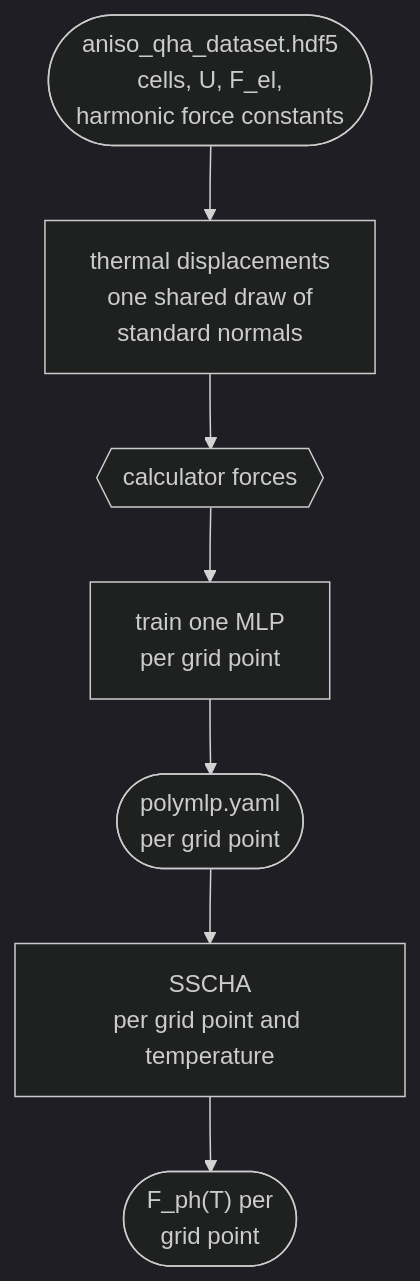
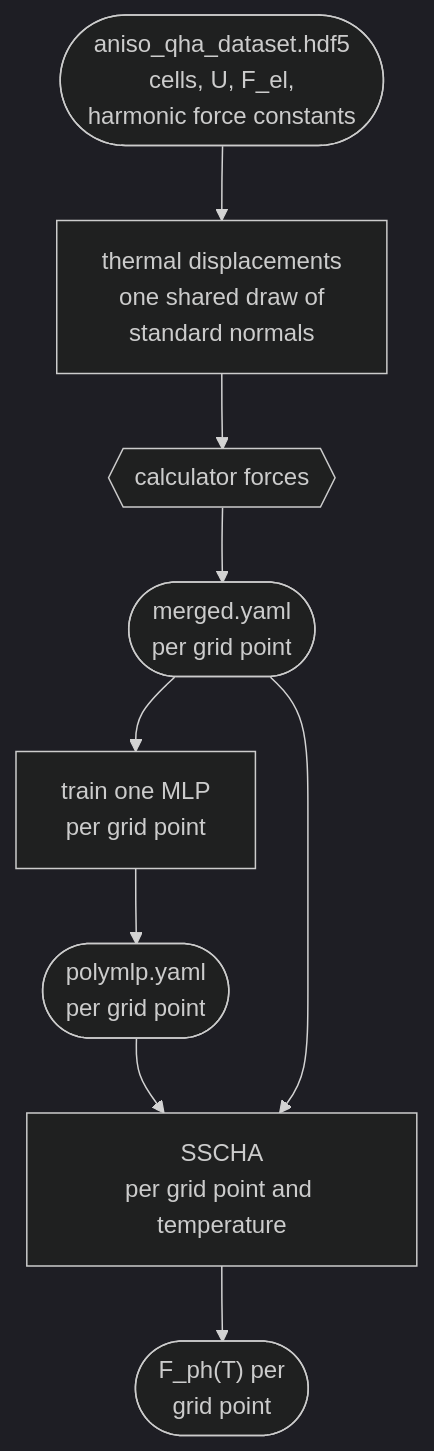
Before and after one commit to phonopy/phonopy: the second of 3 diagrams in doc/anisotropic-qha.md, drawn with Mermaid (dark theme). The commit also changed other lines of this file and 3 other files, not shown here.

````diff
--- a/doc/anisotropic-qha.md
+++ b/doc/anisotropic-qha.md
@@ -846,10 +846,12 @@
 ```{mermaid}
 flowchart TD
     DS(["aniso_qha_dataset.hdf5<br/>cells, U, F_el,<br/>harmonic force constants"])
     DS --> DISP["thermal displacements<br/>one shared draw of<br/>standard normals"]
     DISP --> CALCT{{"calculator forces"}}
-    CALCT --> DEV["train one MLP<br/>per grid point"]
+    CALCT --> TR(["merged.yaml<br/>per grid point"])
+    TR --> DEV["train one MLP<br/>per grid point"]
     DEV --> MLP(["polymlp.yaml<br/>per grid point"])
     MLP --> SSCHA["SSCHA<br/>per grid point and temperature"]
+    TR --> SSCHA
     SSCHA --> FE(["F_ph(T) per<br/>grid point"])
 ```
````
